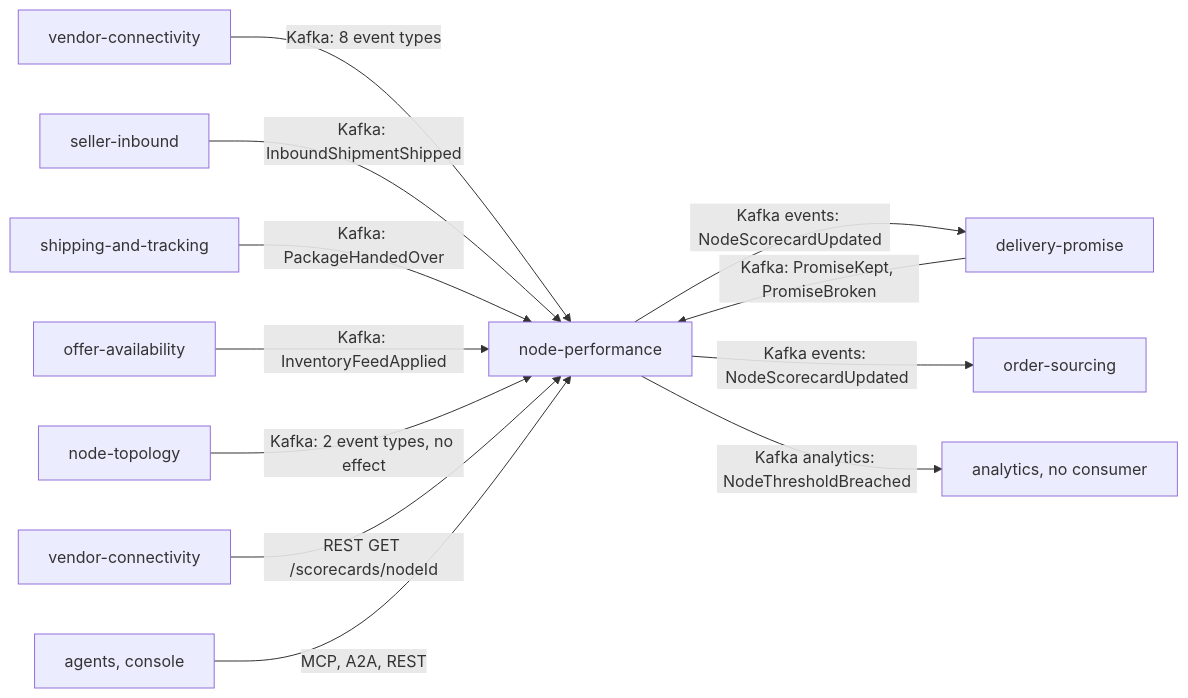
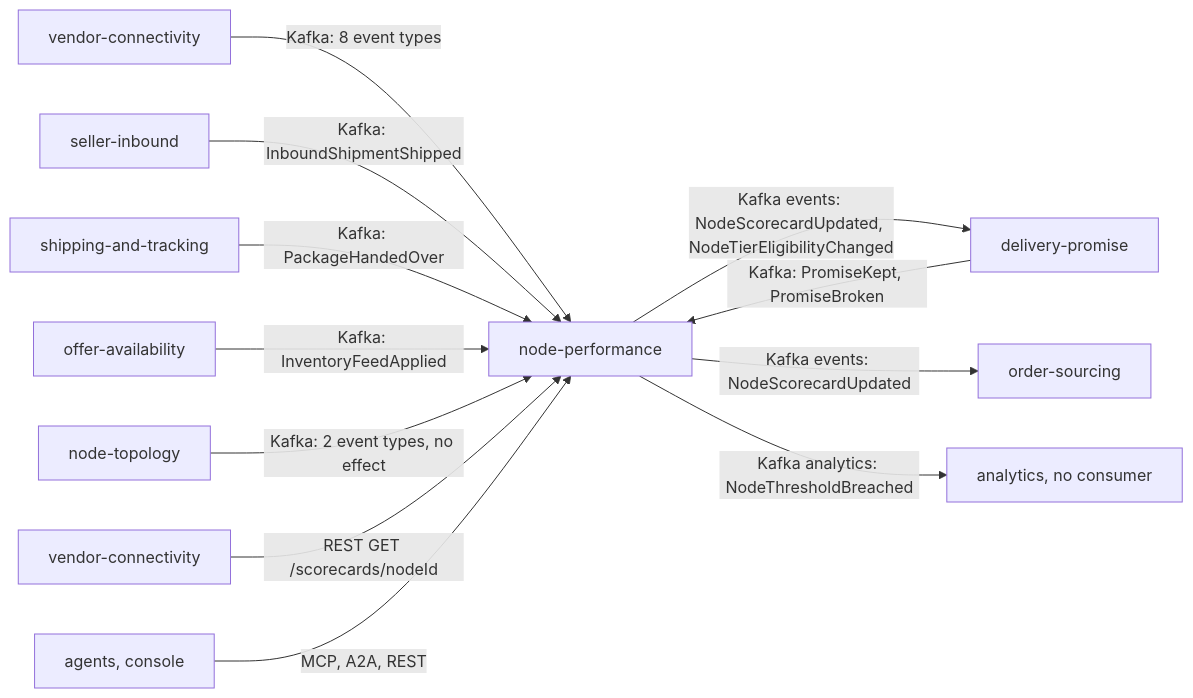
Before and after one commit to IQVO/node-performance: the diagram in docs/docs/ecosystem/integration.md, drawn with Mermaid. The commit also changed other lines of this file and 10 other files, not shown here.

Commit message:
docs: fast-tier eligibility in the event catalogue, integration, language, observability and README

````diff
--- a/docs/docs/ecosystem/integration.md
+++ b/docs/docs/ecosystem/integration.md
@@ -19,14 +19,14 @@
 ```mermaid
 flowchart LR
     VC["vendor-connectivity"] -->|"Kafka: 8 event types"| NP["node-performance"]
     SI["seller-inbound"] -->|"Kafka: InboundShipmentShipped"| NP
     ST["shipping-and-tracking"] -->|"Kafka: PackageHandedOver"| NP
     DP["delivery-promise"] -->|"Kafka: PromiseKept, PromiseBroken"| NP
     OA["offer-availability"] -->|"Kafka: InventoryFeedApplied"| NP
     NT["node-topology"] -->|"Kafka: 2 event types, no effect"| NP
-    NP -->|"Kafka events: NodeScorecardUpdated"| DP
+    NP -->|"Kafka events: NodeScorecardUpdated, NodeTierEligibilityChanged"| DP
     NP -->|"Kafka events: NodeScorecardUpdated"| OS["order-sourcing"]
     NP -->|"Kafka analytics: NodeThresholdBreached"| AN["analytics, no consumer"]
     VC2["vendor-connectivity"] -->|"REST GET /scorecards/nodeId"| NP
     AG["agents, console"] -->|"MCP, A2A, REST"| NP
 ```
````
